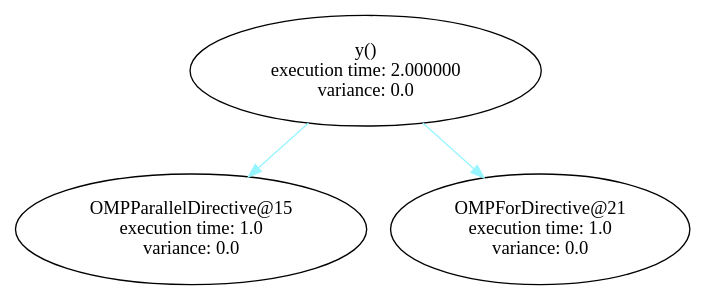
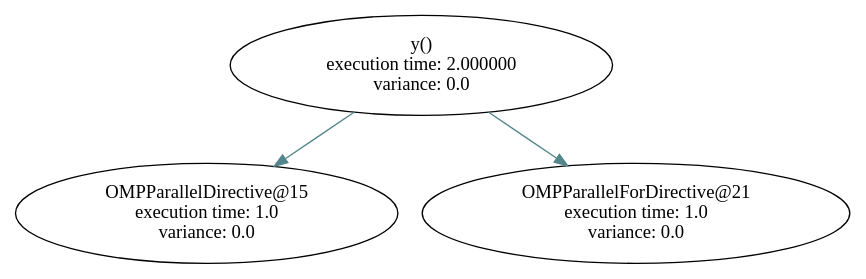
One commit to filippobrizzi/soma changed the diagram in graph_sched/graphs/y_code.dot. Above: the diagram before and after it, drawn with Graphviz. The commit also changed 36 other files, not shown here.

```diff
--- a/graph_sched/graphs/y_code.dot
+++ b/graph_sched/graphs/y_code.dot
@@ -1,20 +1,20 @@
 digraph G {
-	graph [bb="0,0,459,204"];
+	graph [bb="0,0,530,188"];
 	node [label="\N"];
-	"OMPParallelDirective@15"	 [height=1.1471,
+	"OMPParallelDirective@15"	 [height=1.041,
 		label="OMPParallelDirective@15\n execution time: 1.0\nvariance: 0.0",
-		pos="118,42",
-		width=3.2896];
-	y	 [height=1.1471,
+		pos="120,38",
+		width=3.346];
+	y	 [height=1.041,
 		label="y()\n execution time: 2.000000\nvariance: 0.0",
-		pos="237,162",
-		width=3.1762];
-	y -> "OMPParallelDirective@15"	 [color=cadetblue1,
-		pos="e,156.64,81.319 198.69,123.01 187.66,112.07 175.5,100.02 164.05,88.663"];
-	"OMPForDirective@21"	 [height=1.1471,
-		label="OMPForDirective@21\n execution time: 1.0\nvariance: 0.0",
-		pos="357,42",
-		width=2.8384];
-	y -> "OMPForDirective@21"	 [color=cadetblue1,
-		pos="e,318.85,80.511 275.63,123.01 287.09,111.74 299.75,99.297 311.6,87.645"];
+		pos="257,150",
+		width=3.2888];
+	y -> "OMPParallelDirective@15"	 [color=cadetblue4,
+		pos="e,162.57,73.181 214.4,114.8 200.49,103.62 184.89,91.105 170.46,79.512"];
+	"OMPParallelForDirective@21"	 [height=1.041,
+		label="OMPParallelForDirective@21\n execution time: 1.0\nvariance: 0.0",
+		pos="395,38",
+		width=3.7606];
+	y -> "OMPParallelForDirective@21"	 [color=cadetblue4,
+		pos="e,351.64,73.559 299.91,114.8 313.79,103.73 329.33,91.344 343.76,79.843"];
 }
```
